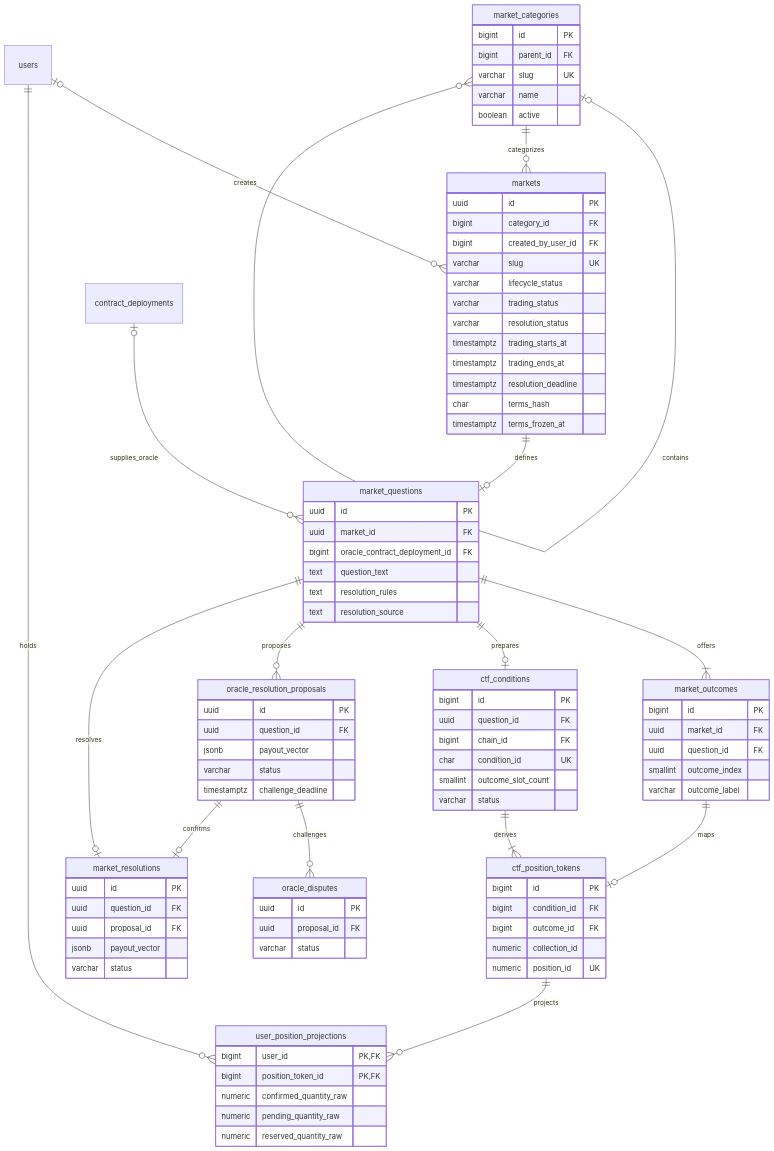
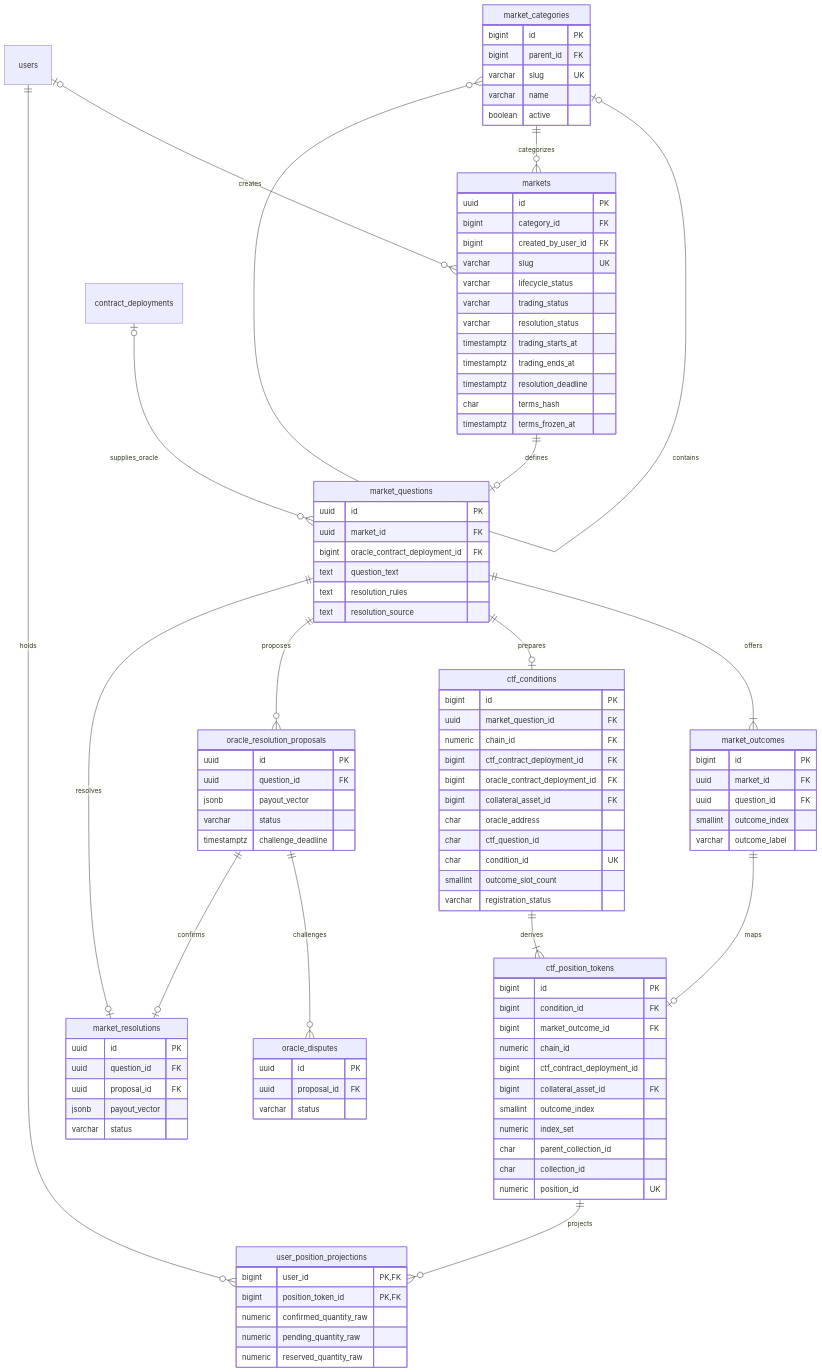
Before and after one commit to khmerfp/khmerfp: the third of 5 diagrams in docs/architecture/BLOCKCHAIN_DATABASE_ERD.md, drawn with Mermaid. The commit also changed other lines of this file and 9 other files, not shown here.

```diff
--- a/docs/architecture/BLOCKCHAIN_DATABASE_ERD.md
+++ b/docs/architecture/BLOCKCHAIN_DATABASE_ERD.md
@@ -284,17 +284,28 @@
     }
     ctf_conditions {
       bigint id PK
-      uuid question_id FK
-      bigint chain_id FK
+      uuid market_question_id FK
+      numeric chain_id FK
+      bigint ctf_contract_deployment_id FK
+      bigint oracle_contract_deployment_id FK
+      bigint collateral_asset_id FK
+      char oracle_address
+      char ctf_question_id
       char condition_id UK
       smallint outcome_slot_count
-      varchar status
+      varchar registration_status
     }
     ctf_position_tokens {
       bigint id PK
       bigint condition_id FK
-      bigint outcome_id FK
-      numeric collection_id
+      bigint market_outcome_id FK
+      numeric chain_id
+      bigint ctf_contract_deployment_id
+      bigint collateral_asset_id FK
+      smallint outcome_index
+      numeric index_set
+      char parent_collection_id
+      char collection_id
       numeric position_id UK
     }
     user_position_projections {
```
